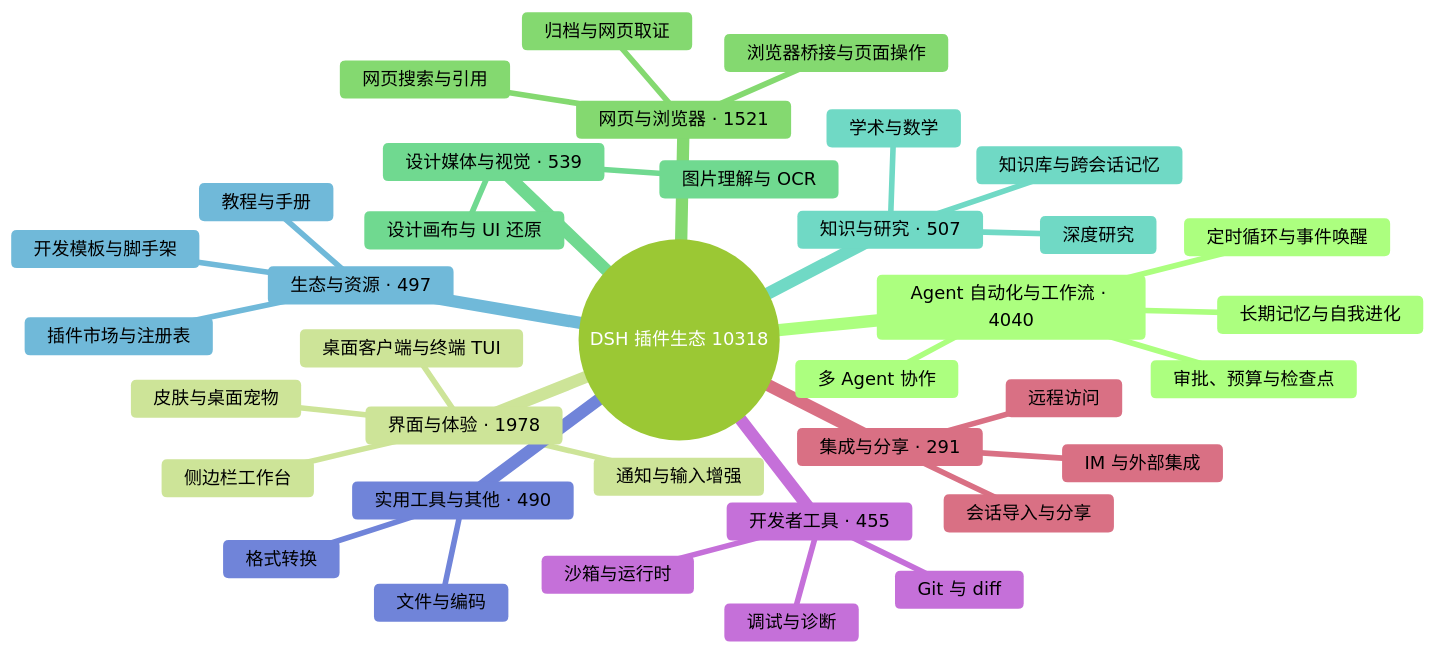
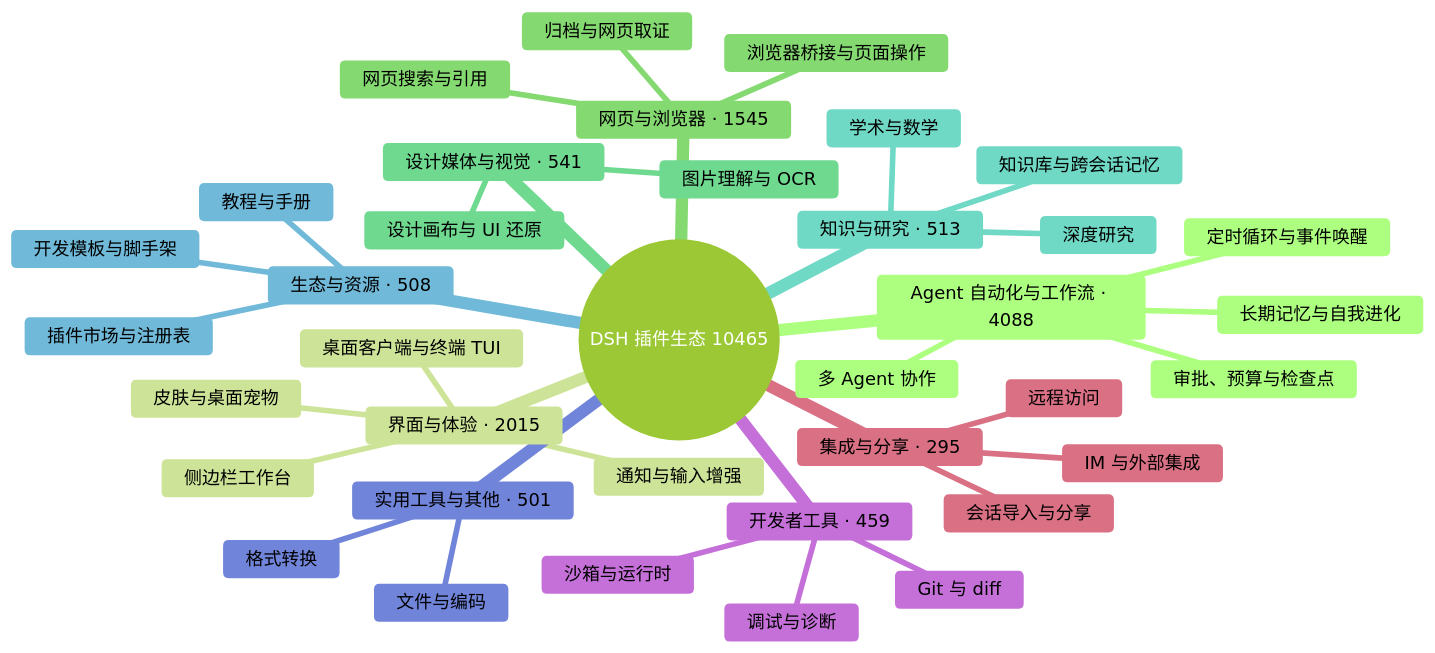
One commit to the-beating-light-of-the-nail/dsh-meme-hub-site changed the diagram in public/readmes/bruc3van-awesome-dsh-plugin.md. Above: the diagram before and after it, drawn with Mermaid (forest theme). The commit also changed other lines of this file and 229 other files, not shown here.

````diff
--- a/public/readmes/bruc3van-awesome-dsh-plugin.md
+++ b/public/readmes/bruc3van-awesome-dsh-plugin.md
@@ -33,40 +33,40 @@
 ```mermaid
 mindmap
-  root((DSH 插件生态 10318))
-    Agent 自动化与工作流 · 4040
+  root((DSH 插件生态 10465))
+    Agent 自动化与工作流 · 4088
       定时循环与事件唤醒
       多 Agent 协作
       长期记忆与自我进化
       审批、预算与检查点
-    界面与体验 · 1978
+    界面与体验 · 2015
       桌面客户端与终端 TUI
       侧边栏工作台
       皮肤与桌面宠物
       通知与输入增强
-    网页与浏览器 · 1521
+    网页与浏览器 · 1545
       浏览器桥接与页面操作
       网页搜索与引用
       归档与网页取证
-    设计媒体与视觉 · 539
+    设计媒体与视觉 · 541
       图片理解与 OCR
       设计画布与 UI 还原
-    知识与研究 · 507
+    知识与研究 · 513
       知识库与跨会话记忆
       深度研究
       学术与数学
-    生态与资源 · 497
+    生态与资源 · 508
       插件市场与注册表
       开发模板与脚手架
       教程与手册
-    实用工具与其他 · 490
+    实用工具与其他 · 501
       文件与编码
       格式转换
-    开发者工具 · 455
+    开发者工具 · 459
       Git 与 diff
       沙箱与运行时
       调试与诊断
-    集成与分享 · 291
+    集成与分享 · 295
       会话导入与分享
       远程访问
       IM 与外部集成
 ```
````
